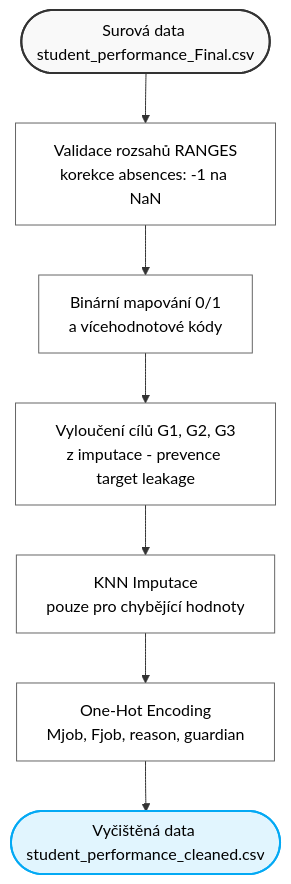
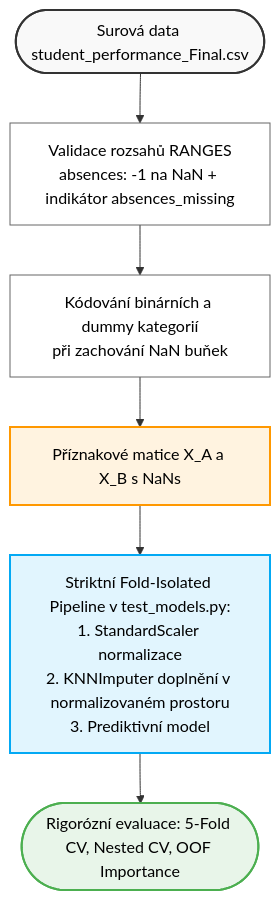
Before and after one commit to klaraseli/VMM-projekt: the diagram in README.md, drawn with Mermaid. The commit also changed other lines of this file and 19 other files, not shown here.

Commit message:
Oprava 5 pripominek: StandardScaler pred KNNImputerem, dynamicka citlivost dochazky, verze balicku a intervaly ladeni, untrack zpracovaneho CSV a zpresneni hypotez

````diff
--- a/README.md
+++ b/README.md
@@ -51,17 +52,15 @@
 ```mermaid
 graph TD
-    A([Surová data student_performance_Final.csv]) --> B[Validace rozsahů RANGES<br/>korekce absences: -1 na NaN]
-    B --> C[Binární mapování 0/1<br/>a vícehodnotové kódy]
-    C --> D[Vyloučení cílů G1, G2, G3<br/>z imputace - prevence target leakage]
-    D --> E[KNN Imputace<br/>pouze pro chybějící hodnoty]
-    E --> F[One-Hot Encoding<br/>Mjob, Fjob, reason, guardian]
-    F --> G([Vyčištěná data student_performance_cleaned.csv])
-    
+    A([Surová data student_performance_Final.csv]) --> B[Validace rozsahů RANGES<br/>absences: -1 na NaN + indikátor absences_missing]
+    B --> C[Kódování binárních a dummy kategorií<br/>při zachování NaN buňek]
+    C --> D[Příznakové matice X_A a X_B s NaNs]
+    D --> E[Striktní Fold-Isolated Pipeline v test_models.py:<br/>1. StandardScaler normalizace<br/>2. KNNImputer doplnění v normalizovaném prostoru<br/>3. Prediktivní model]
+    E --> F([Rigorózní evaluace: 5-Fold CV, Nested CV, OOF Importance])
+
     style A fill:#f9f9f9,stroke:#333,stroke-width:2px,color:#000
-    style G fill:#e1f5fe,stroke:#03a9f4,stroke-width:2px,color:#000
+    style D fill:#fff3e0,stroke:#ff9800,stroke-width:2px,color:#000
+    style E fill:#e1f5fe,stroke:#03a9f4,stroke-width:2px,color:#000
+    style F fill:#e8f5e9,stroke:#4caf50,stroke-width:2px,color:#000
     style B fill:#fff,stroke:#666,stroke-width:1px,color:#000
     style C fill:#fff,stroke:#666,stroke-width:1px,color:#000
-    style D fill:#fff,stroke:#666,stroke-width:1px,color:#000
-    style E fill:#fff,stroke:#666,stroke-width:1px,color:#000
-    style F fill:#fff,stroke:#666,stroke-width:1px,color:#000
 ```
````
